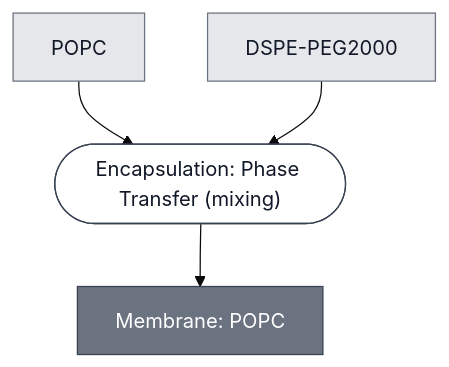
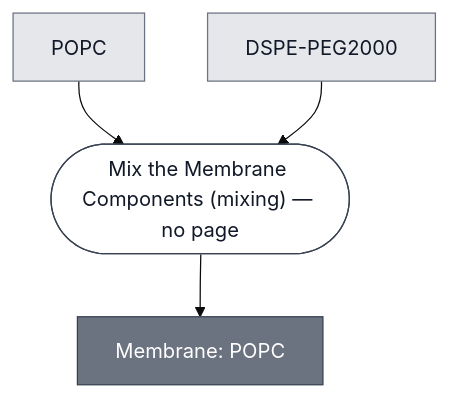
The diagram in docs/modules/membrane-popc/spec.md (nucleus-eng/nucleus-docs), drawn with Mermaid (base theme) before and after one commit. The commit also changed 12 other files, not shown here.

````diff
--- a/docs/modules/membrane-popc/spec.md
+++ b/docs/modules/membrane-popc/spec.md
@@ -29,23 +29,22 @@
 ```mermaid
 flowchart TD
     POPC["POPC"]
     DSPE_PEG2000["DSPE-PEG2000"]
 
-    P1_FORM_PEGYLATED_FILM_0(["Encapsulation: Phase Transfer (mixing)"])
+    P1_FORM_PEGYLATED_FILM_0(["Mix the Membrane Components (mixing) — no page"])
     MEMBRANE_POPC["Membrane: POPC"]
 
     POPC --> P1_FORM_PEGYLATED_FILM_0
     DSPE_PEG2000 --> P1_FORM_PEGYLATED_FILM_0
     P1_FORM_PEGYLATED_FILM_0 --> MEMBRANE_POPC
 
 
     classDef leaf     fill:#e5e7eb,stroke:#6b7280,color:#111827;
     classDef composed fill:#6b7280,stroke:#374151,color:#ffffff;
     classDef process  fill:#ffffff,stroke:#374151,color:#111827;
     class POPC,DSPE_PEG2000 leaf;
     class MEMBRANE_POPC composed;
     class P1_FORM_PEGYLATED_FILM_0 process;
 
-    click P1_FORM_PEGYLATED_FILM_0 "/docs/processes/assemble-base-cell/main"
     click MEMBRANE_POPC "/docs/modules/membrane-popc/spec"
 ```
````
